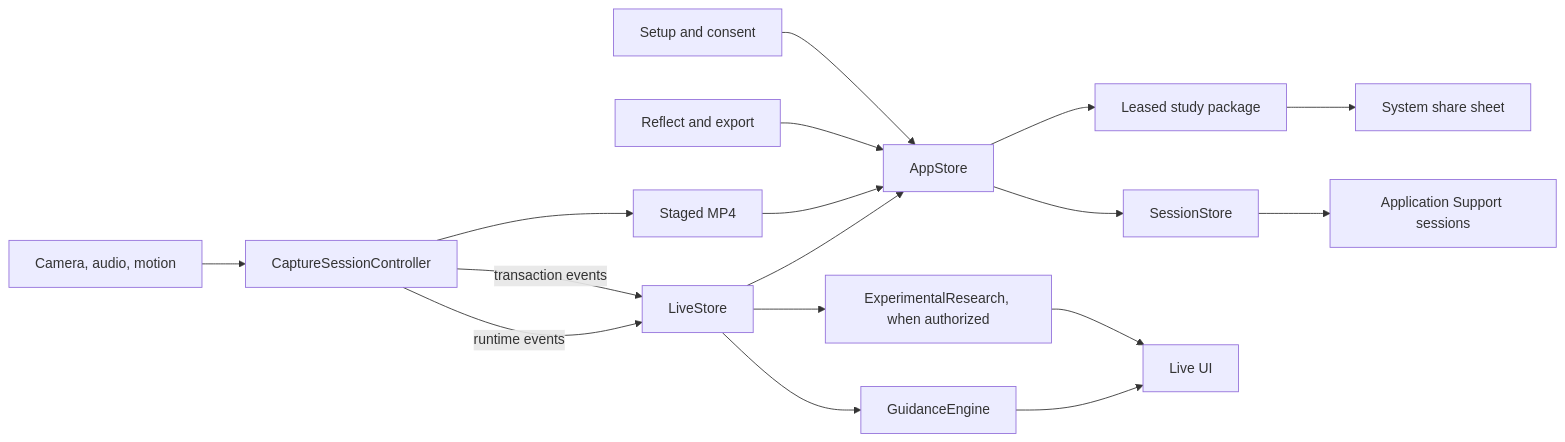
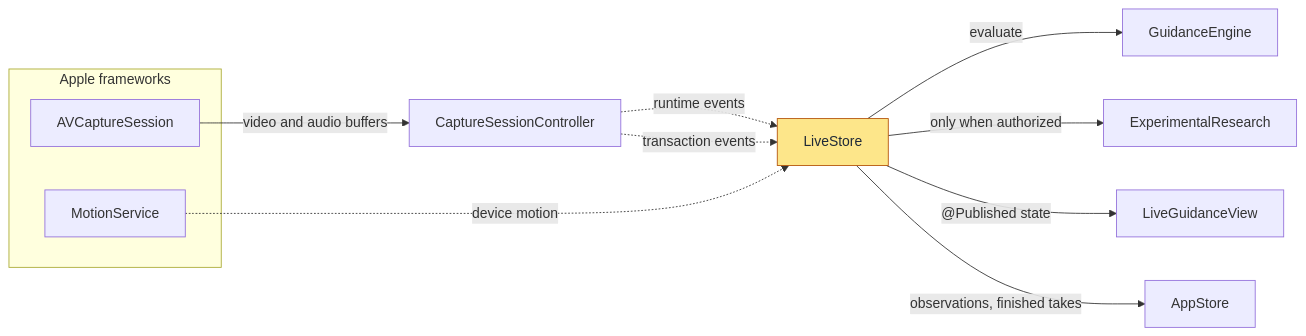
The third of 6 diagrams in docs/ARCHITECTURE.md (sebastianspicker/videographr-classroom), drawn with Mermaid before and after one commit. The commit also changed other lines of this file and 1 other file, not shown here.

First line of the commit message:
Add journey, storage and CI diagrams to the architecture guide

````diff
--- a/docs/ARCHITECTURE.md
+++ b/docs/ARCHITECTURE.md
@@ -114,21 +116,23 @@
 ```mermaid
 flowchart LR
-    Setup["Setup and consent"] --> AppStore["AppStore"]
-    Reflect["Reflect and export"] --> AppStore
-    AppStore --> SessionStore["SessionStore"]
-    SessionStore --> Local["Application Support sessions"]
-
-    Devices["Camera, audio, motion"] --> Controller["CaptureSessionController"]
-    Controller -->|"runtime events"| LiveStore["LiveStore"]
-    Controller -->|"transaction events"| LiveStore
-    LiveStore --> Guidance["GuidanceEngine"]
-    LiveStore --> Research["ExperimentalResearch, when authorized"]
-    Guidance --> LiveUI["Live UI"]
-    Research --> LiveUI
-    LiveStore --> AppStore
-
-    Controller --> Staged["Staged MP4"]
-    Staged --> AppStore
-    AppStore --> Package["Leased study package"]
-    Package --> Share["System share sheet"]
+    subgraph frameworks [Apple frameworks]
+        av["AVCaptureSession"]
+        motion["MotionService"]
+    end
+    controller["CaptureSessionController"]
+    live["LiveStore"]
+    guidance["GuidanceEngine"]
+    research["ExperimentalResearch"]
+    ui["LiveGuidanceView"]
+    app["AppStore"]
+    av -->|"video and audio buffers"| controller
+    controller -.->|"runtime events"| live
+    controller -.->|"transaction events"| live
+    motion -.->|"device motion"| live
+    live -->|"evaluate"| guidance
+    live -->|"only when authorized"| research
+    live -->|"@Published state"| ui
+    live -->|"observations, finished takes"| app
+    classDef focus fill:#fde68a,stroke:#b45309,color:#1f2937
+    class live focus
 ```
````
